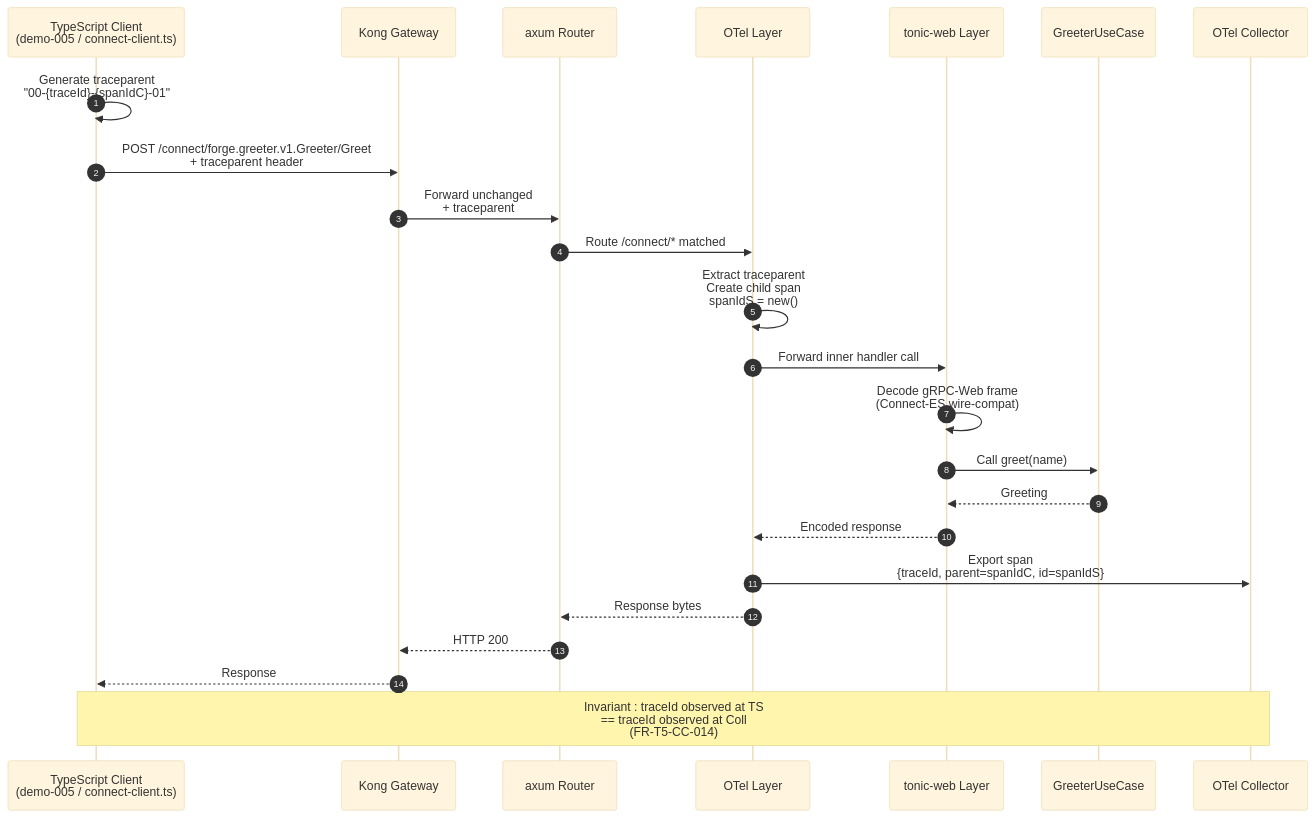
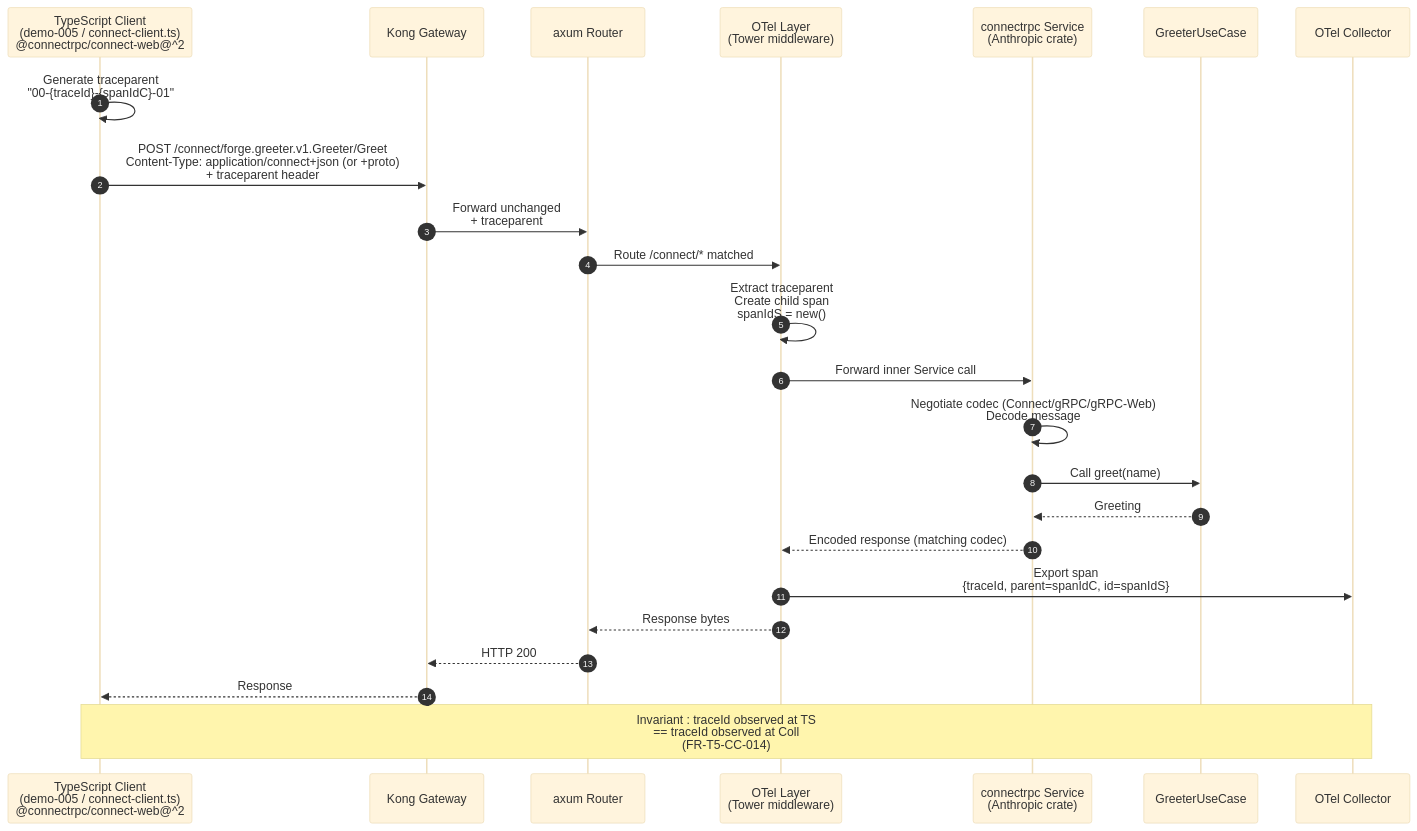
The third of 3 diagrams in .forge/changes/t5-connect-codegen/design.md (b-fontaine/forge), drawn with Mermaid (base theme) before and after one commit. The commit also changed other lines of this file and 3 other files, not shown here.

First line of the commit message:
fix(plan): t5-connect-codegen — adopt connectrpc canonical stacks (Rust/Dart/ES) post-Context7 investigation

````diff
--- a/.forge/changes/t5-connect-codegen/design.md
+++ b/.forge/changes/t5-connect-codegen/design.md
@@ -413,28 +497,28 @@
 ```mermaid
 sequenceDiagram
     autonumber
-    participant TS as TypeScript Client<br/>(demo-005 / connect-client.ts)
+    participant TS as TypeScript Client<br/>(demo-005 / connect-client.ts)<br/>@connectrpc/connect-web@^2
     participant Kong as Kong Gateway
     participant Axum as axum Router
-    participant Otel as OTel Layer
-    participant TWeb as tonic-web Layer
+    participant Otel as OTel Layer<br/>(Tower middleware)
+    participant CRPC as connectrpc Service<br/>(Anthropic crate)
     participant Greet as GreeterUseCase
     participant Coll as OTel Collector
 
     TS->>TS: Generate traceparent<br/>"00-{traceId}-{spanIdC}-01"
-    TS->>Kong: POST /connect/forge.greeter.v1.Greeter/Greet<br/>+ traceparent header
+    TS->>Kong: POST /connect/forge.greeter.v1.Greeter/Greet<br/>Content-Type: application/connect+json (or +proto)<br/>+ traceparent header
     Kong->>Axum: Forward unchanged<br/>+ traceparent
     Axum->>Otel: Route /connect/* matched
     Otel->>Otel: Extract traceparent<br/>Create child span<br/>spanIdS = new()
-    Otel->>TWeb: Forward inner handler call
-    TWeb->>TWeb: Decode gRPC-Web frame<br/>(Connect-ES wire-compat)
-    TWeb->>Greet: Call greet(name)
-    Greet-->>TWeb: Greeting
-    TWeb-->>Otel: Encoded response
+    Otel->>CRPC: Forward inner Service call
+    CRPC->>CRPC: Negotiate codec (Connect/gRPC/gRPC-Web)<br/>Decode message
+    CRPC->>Greet: Call greet(name)
+    Greet-->>CRPC: Greeting
+    CRPC-->>Otel: Encoded response (matching codec)
     Otel->>Coll: Export span<br/>{traceId, parent=spanIdC, id=spanIdS}
     Otel-->>Axum: Response bytes
     Axum-->>Kong: HTTP 200
     Kong-->>TS: Response
 
     Note over TS,Coll: Invariant : traceId observed at TS<br/>== traceId observed at Coll<br/>(FR-T5-CC-014)
 ```
````
